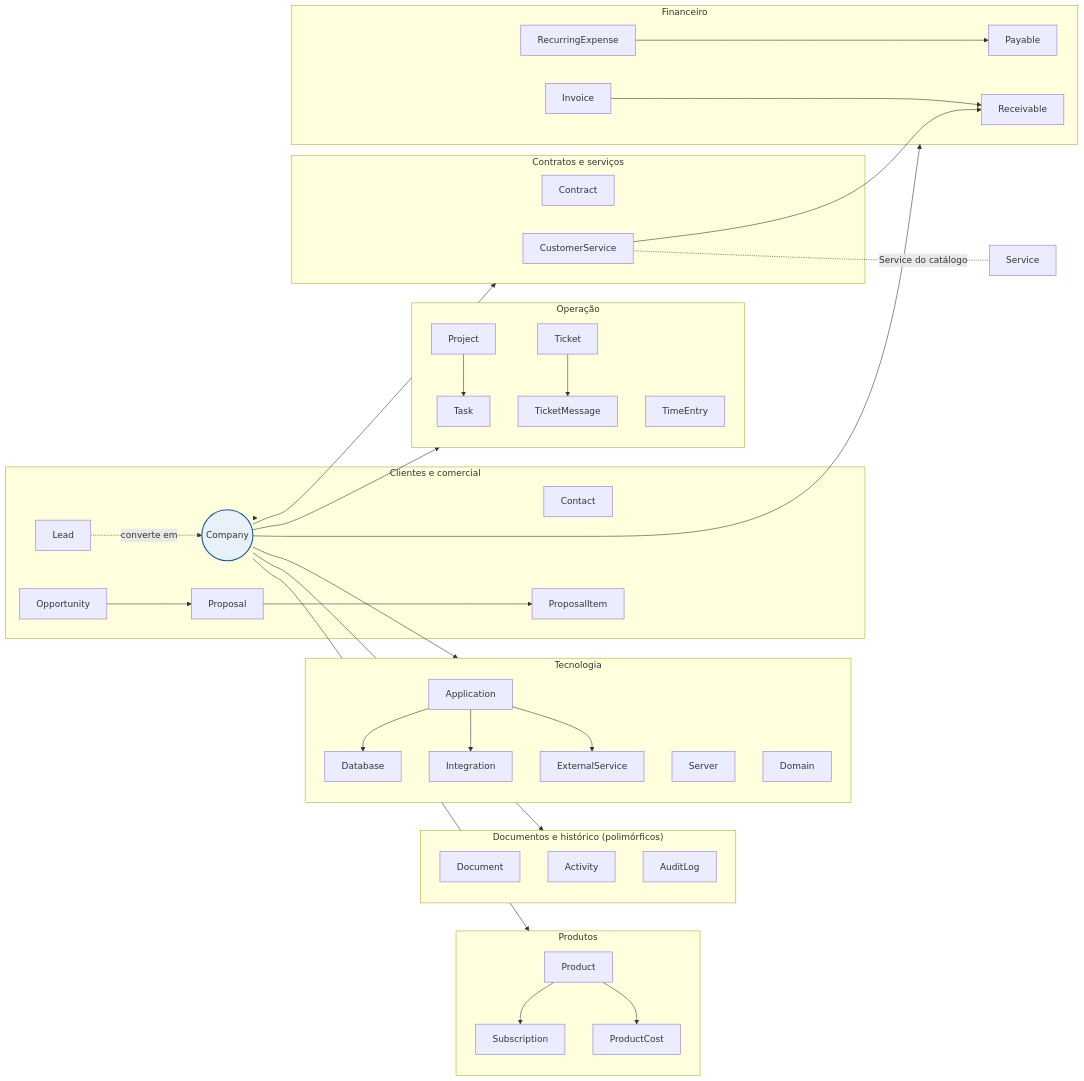
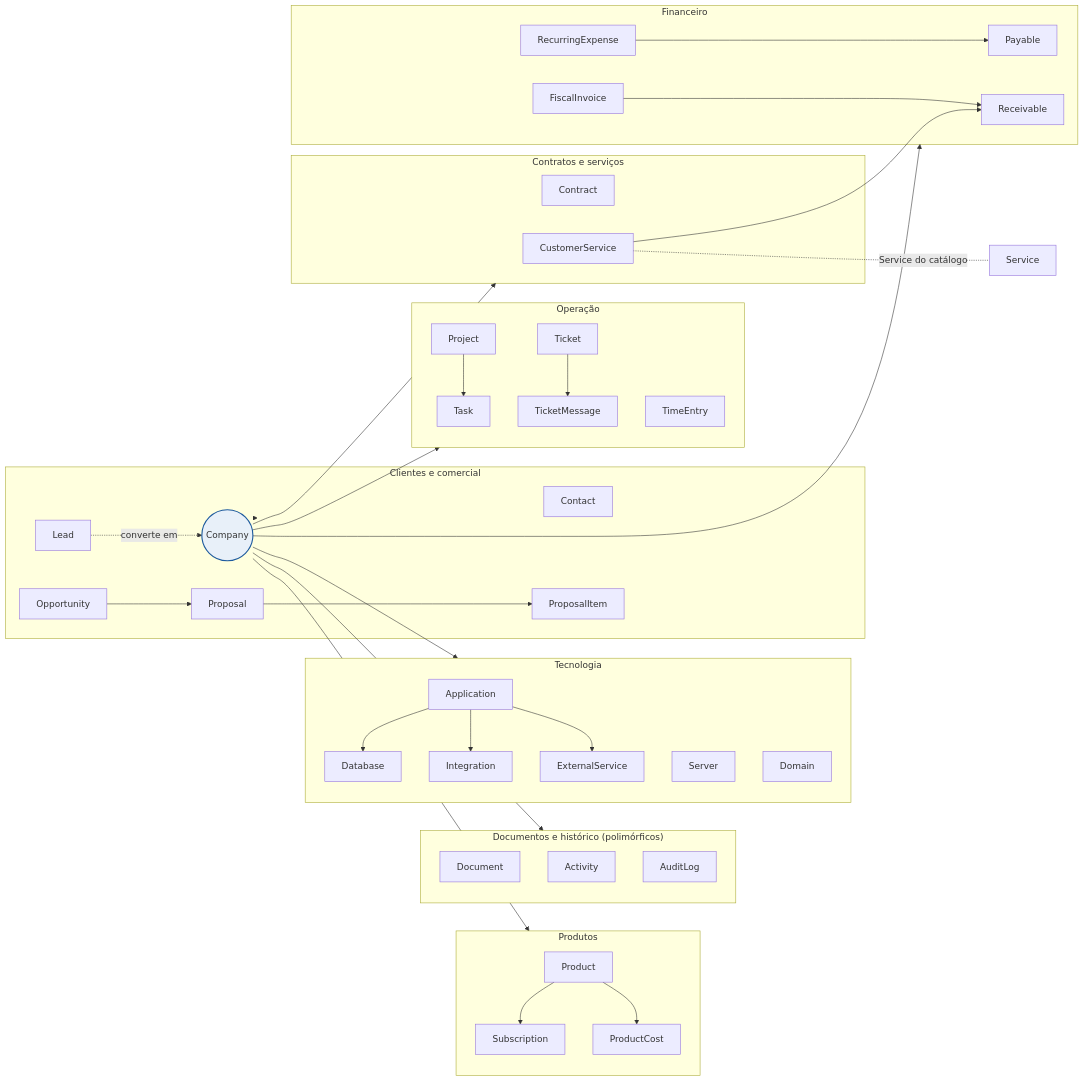
One commit to devbatista/devbatista_app changed the diagram in docs/specs/admin-devbatista-mvp/06-modelo-de-dados.md. Above: the diagram before and after it, drawn with Mermaid. The commit also changed 33 other files, not shown here.

First line of the commit message:
Notas fiscais: Invoice passa a se chamar FiscalInvoice

````diff
--- a/docs/specs/admin-devbatista-mvp/06-modelo-de-dados.md
+++ b/docs/specs/admin-devbatista-mvp/06-modelo-de-dados.md
@@ -7,50 +7,50 @@
 ```mermaid
 flowchart LR
   subgraph CC["Clientes e comercial"]
     Contact
     Lead -. converte em .-> Company
     Opportunity --> Proposal --> ProposalItem
   end
   subgraph CS["Contratos e serviços"]
     Contract
     CustomerService
   end
   subgraph OP["Operação"]
     Project --> Task
     TimeEntry
     Ticket --> TicketMessage
   end
   subgraph FI["Financeiro"]
     Receivable
     Payable
     RecurringExpense --> Payable
-    Invoice --> Receivable
+    FiscalInvoice --> Receivable
   end
   subgraph TE["Tecnologia"]
     Application --> Database
     Application --> Integration
     Application --> ExternalService
     Server
     Domain
   end
   subgraph PR["Produtos"]
     Product --> Subscription
     Product --> ProductCost
   end
   subgraph DH["Documentos e histórico (polimórficos)"]
     Document
     Activity
     AuditLog
   end
   Company((Company)) --> CC
   Company --> CS
   Company --> OP
   Company --> FI
   Company --> TE
   Company --> DH
   Company --> PR
   CustomerService --> Receivable
   CustomerService -. Service do catálogo .- Service
   classDef key fill:#E8F0F9,stroke:#1D5A9E,stroke-width:2px
   class Company key
 ```
````
